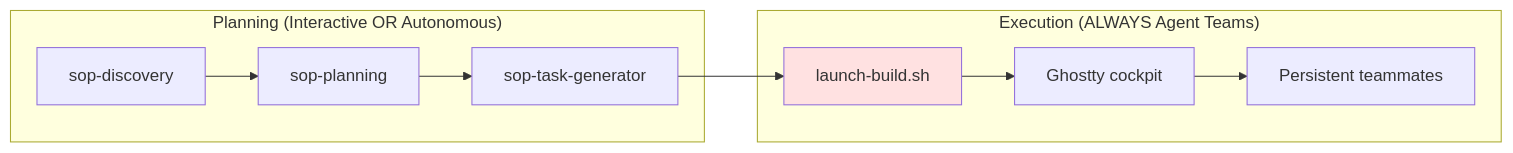
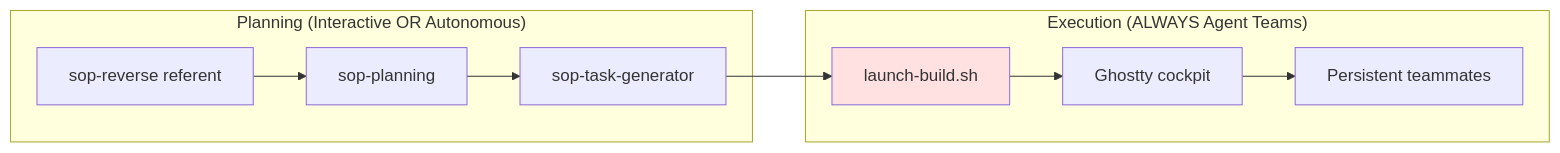
The diagram in skills/ralph-orchestrator/references/execution-paths.md (Dario-Arcos/ai-framework), drawn with Mermaid before and after one commit. The commit also changed 5 other files, not shown here.

First line of the commit message:
refactor(ralph-orchestrator): simplify from 3 routes to single referent-only flow

````diff
--- a/skills/ralph-orchestrator/references/execution-paths.md
+++ b/skills/ralph-orchestrator/references/execution-paths.md
@@ -167,15 +167,15 @@
 ```mermaid
 graph LR
     subgraph "Planning (Interactive OR Autonomous)"
-        A[sop-discovery] --> B[sop-planning]
+        A[sop-reverse referent] --> B[sop-planning]
         B --> C[sop-task-generator]
     end
 
     subgraph "Execution (ALWAYS Agent Teams)"
         C --> D[launch-build.sh]
         D --> E[Ghostty cockpit]
         E --> F[Persistent teammates]
     end
 
     style D fill:#ffe1e1
 ```
````
